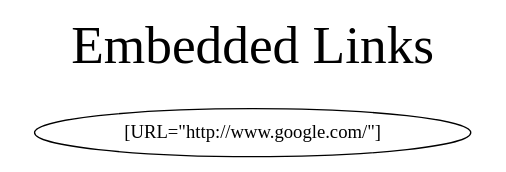
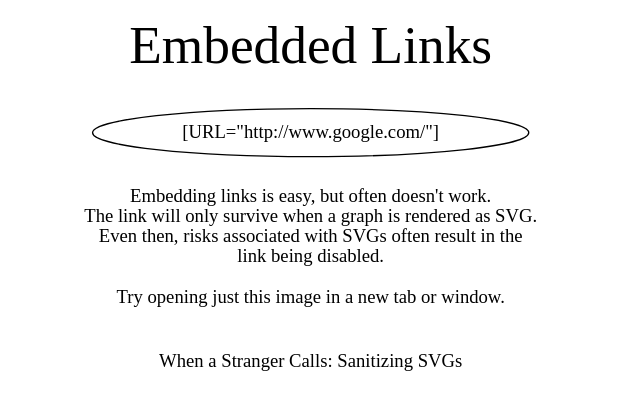
Before and after one commit to curtcox/practical-graphviz: the diagram in links.dot, drawn with Graphviz. The commit also changed 24 other files, not shown here.

```diff
--- a/links.dot
+++ b/links.dot
@@ -1,5 +1,23 @@
 digraph G {
  rankdir=LR
+
+
+"When a Stranger Calls: Sanitizing SVGs" [
+shape=none
+URL="https://blobfolio.com/2017/03/when-a-stranger-calls-sanitizing-svgs/
+"
+]
+
+"Embedding links is easy, but often doesn't work.
+The link will only survive when a graph is rendered as SVG.
+Even then, risks associated with SVGs often result in the
+link being disabled.
+
+Try opening just this image in a new tab or window.
+" [shape=none]
+
 "[URL=\"http://www.google.com/\"]" [URL="http://www.google.com/"]
+
 "Embedded Links"[shape=none fontsize=40]
+
 }
```
